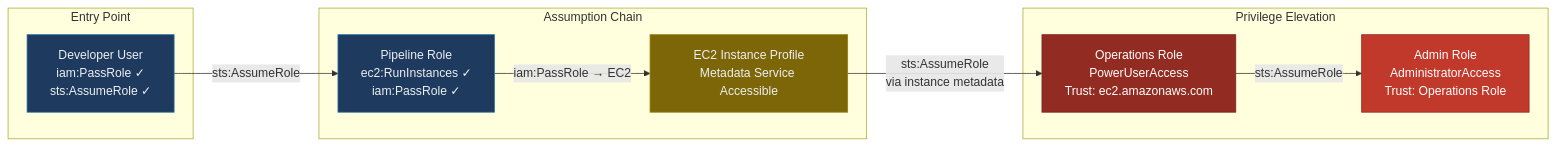
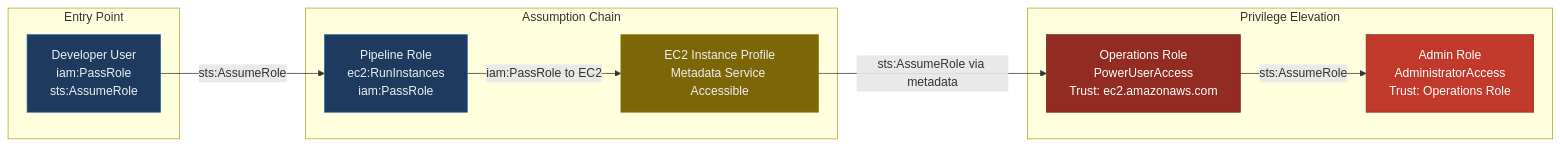
Before and after one commit to EmmanuelAdesina/cloud-identity-security-engineering: the first of 4 diagrams in README.md, drawn with Mermaid. The commit also changed other lines of this file, not shown here.

````diff
--- a/README.md
+++ b/README.md
@@ -83,27 +63,27 @@
 ```mermaid
 graph LR
     subgraph Entry["Entry Point"]
-        A["Developer User\niam:PassRole ✓\nsts:AssumeRole ✓"]
+        A["Developer User\niam:PassRole\nsts:AssumeRole"]
     end
 
     subgraph Chain["Assumption Chain"]
-        B["Pipeline Role\nec2:RunInstances ✓\niam:PassRole ✓"]
+        B["Pipeline Role\nec2:RunInstances\niam:PassRole"]
         C["EC2 Instance Profile\nMetadata Service Accessible"]
     end
 
     subgraph Elevation["Privilege Elevation"]
         D["Operations Role\nPowerUserAccess\nTrust: ec2.amazonaws.com"]
         E["Admin Role\nAdministratorAccess\nTrust: Operations Role"]
     end
 
     A -->|"sts:AssumeRole"| B
-    B -->|"iam:PassRole → EC2"| C
-    C -->|"sts:AssumeRole\nvia instance metadata"| D
+    B -->|"iam:PassRole to EC2"| C
+    C -->|"sts:AssumeRole via metadata"| D
     D -->|"sts:AssumeRole"| E
 
     style A fill:#1e3a5f,color:#ecf0f1,stroke:#2471a3
     style B fill:#1e3a5f,color:#ecf0f1,stroke:#2471a3
     style C fill:#7d6608,color:#ecf0f1,stroke:#9a7d0a
     style D fill:#922b21,color:#fff,stroke:#7b241c
     style E fill:#c0392b,color:#fff,stroke:#922b21
 ```
````
